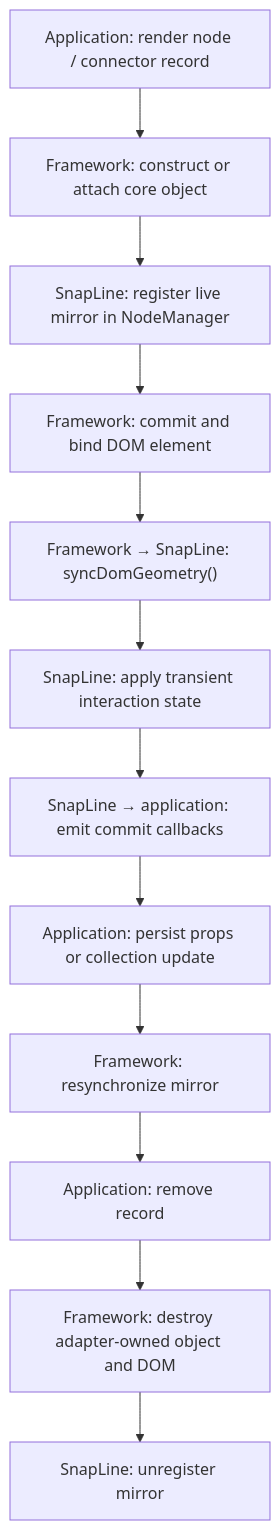
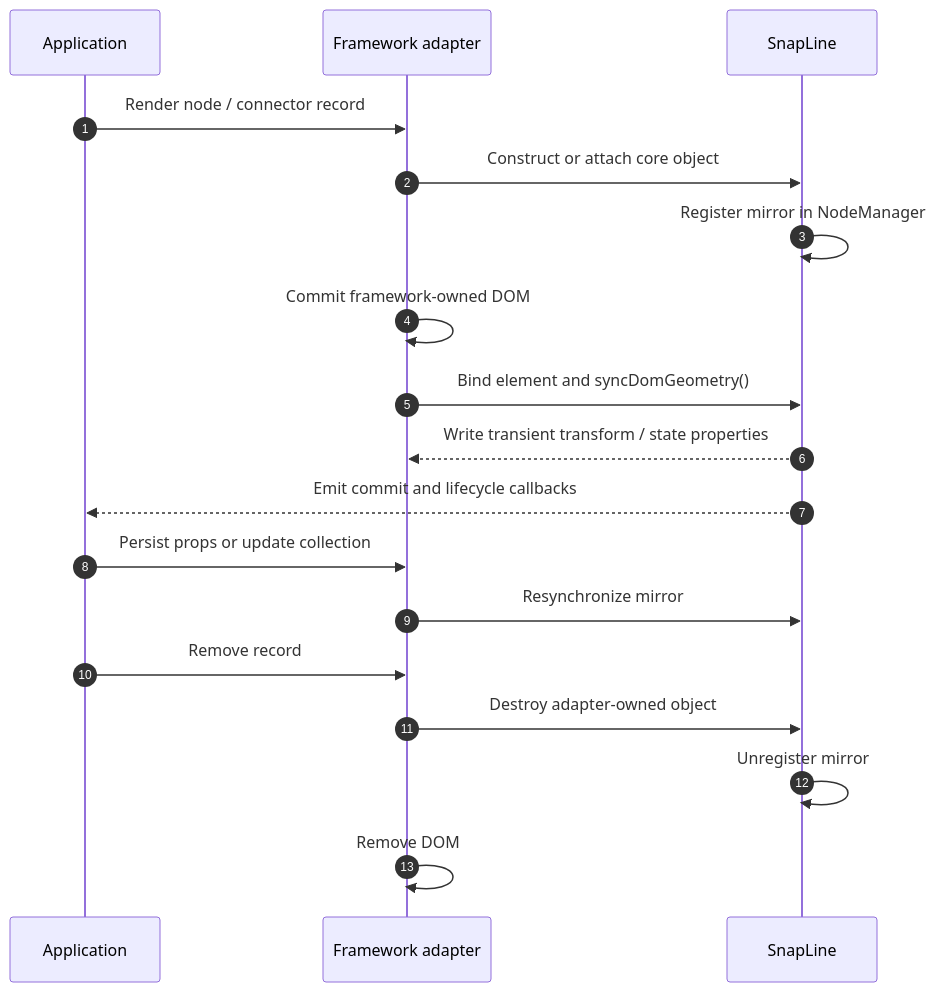
Before and after one commit to tfukaza/SnapLineJS: the second of 11 diagrams in docs/snapline/design/current-architecture.md, drawn with Mermaid. The commit also changed other lines of this file and 32 other files, not shown here.

First line of the commit message:
Cleanup baseline: carry in-flight WIP into the re-architecture branch

````diff
--- a/docs/snapline/design/current-architecture.md
+++ b/docs/snapline/design/current-architecture.md
@@ -68,19 +68,21 @@
 ```mermaid
-flowchart TB
-  RECORD["Application: render node / connector record"]
-  CREATE["Framework: construct or attach core object"]
-  REGISTER["SnapLine: register live mirror in NodeManager"]
-  COMMIT["Framework: commit and bind DOM element"]
-  SYNC["Framework → SnapLine: syncDomGeometry()"]
-  INTERACT["SnapLine: apply transient interaction state"]
-  REPORT["SnapLine → application: emit commit callbacks"]
-  PERSIST["Application: persist props or collection update"]
-  RESYNC["Framework: resynchronize mirror"]
-  REMOVE["Application: remove record"]
-  DESTROY["Framework: destroy adapter-owned object and DOM"]
-  UNREGISTER["SnapLine: unregister mirror"]
+sequenceDiagram
+  autonumber
+  participant App as Application
+  participant FW as Framework adapter
+  participant SL as SnapLine
 
-  RECORD --> CREATE --> REGISTER --> COMMIT --> SYNC
-  SYNC --> INTERACT --> REPORT --> PERSIST --> RESYNC
-  RESYNC --> REMOVE --> DESTROY --> UNREGISTER
+  App->>FW: Render node / connector record
+  FW->>SL: Construct or attach core object
+  SL->>SL: Register mirror in NodeManager
+  FW->>FW: Commit framework-owned DOM
+  FW->>SL: Bind element and syncDomGeometry()
+  SL-->>FW: Write transient transform / state properties
+  SL-->>App: Emit commit and lifecycle callbacks
+  App->>FW: Persist props or update collection
+  FW->>SL: Resynchronize mirror
+  App->>FW: Remove record
+  FW->>SL: Destroy adapter-owned object
+  SL->>SL: Unregister mirror
+  FW->>FW: Remove DOM
 ```
````
